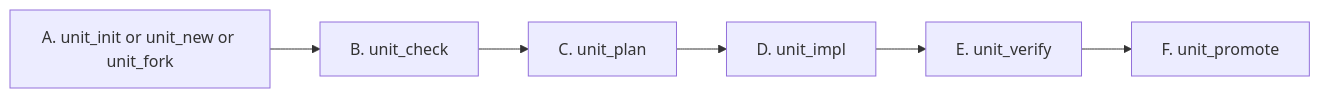
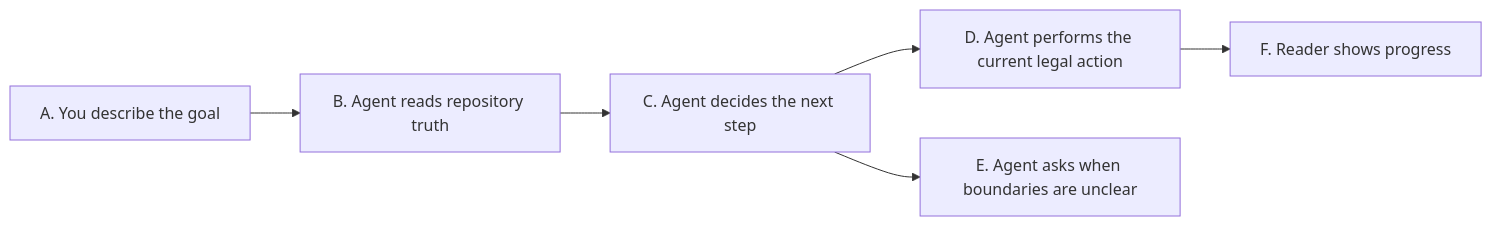
Before and after one commit to mfblog/specflow: the third of 4 diagrams in README.md, drawn with Mermaid. The commit also changed other lines of this file and 1 other file, not shown here.

````diff
--- a/README.md
+++ b/README.md
@@ -429,8 +209,8 @@
 ```mermaid
 flowchart LR
-    A["A. unit_init or unit_new or unit_fork"] --> B["B. unit_check"]
-    B --> C["C. unit_plan"]
-    C --> D["D. unit_impl"]
-    D --> E["E. unit_verify"]
-    E --> F["F. unit_promote"]
+    A["A. You describe the goal"] --> B["B. Agent reads repository truth"]
+    B --> C["C. Agent decides the next step"]
+    C --> D["D. Agent performs the current legal action"]
+    C --> E["E. Agent asks when boundaries are unclear"]
+    D --> F["F. Reader shows progress"]
 ```
````
